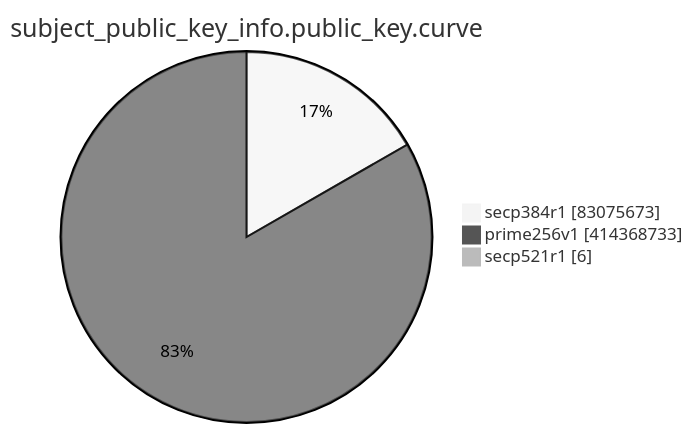
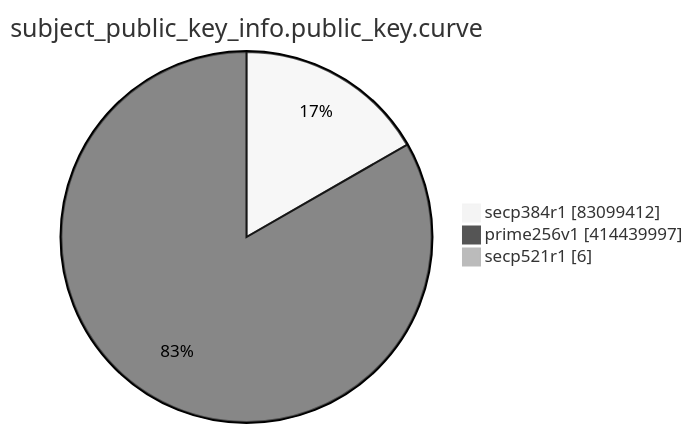
Before and after one commit to christiankrug/ctmonitor_visualization: the eighth of 15 diagrams in TOTAL/README.md, drawn with Mermaid (neutral theme). The commit also changed other lines of this file, not shown here.

````diff
--- a/TOTAL/README.md
+++ b/TOTAL/README.md
@@ -3098,7 +3098,7 @@
 ```mermaid
 pie showData
 title subject_public_key_info.public_key.curve
-"secp384r1" :83075673
-"prime256v1" :414368733
+"secp384r1" :83099412
+"prime256v1" :414439997
 "secp521r1" :6
 ```
````
